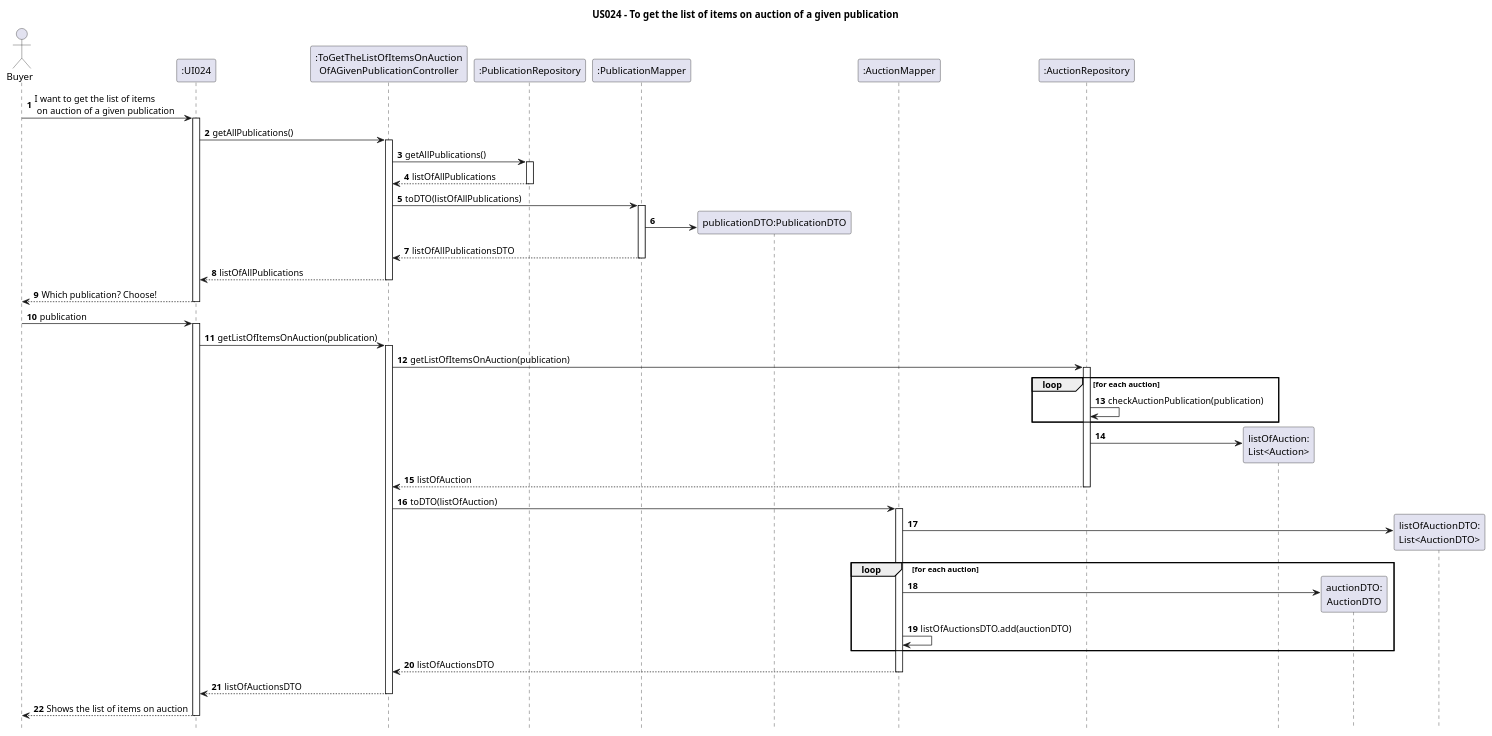
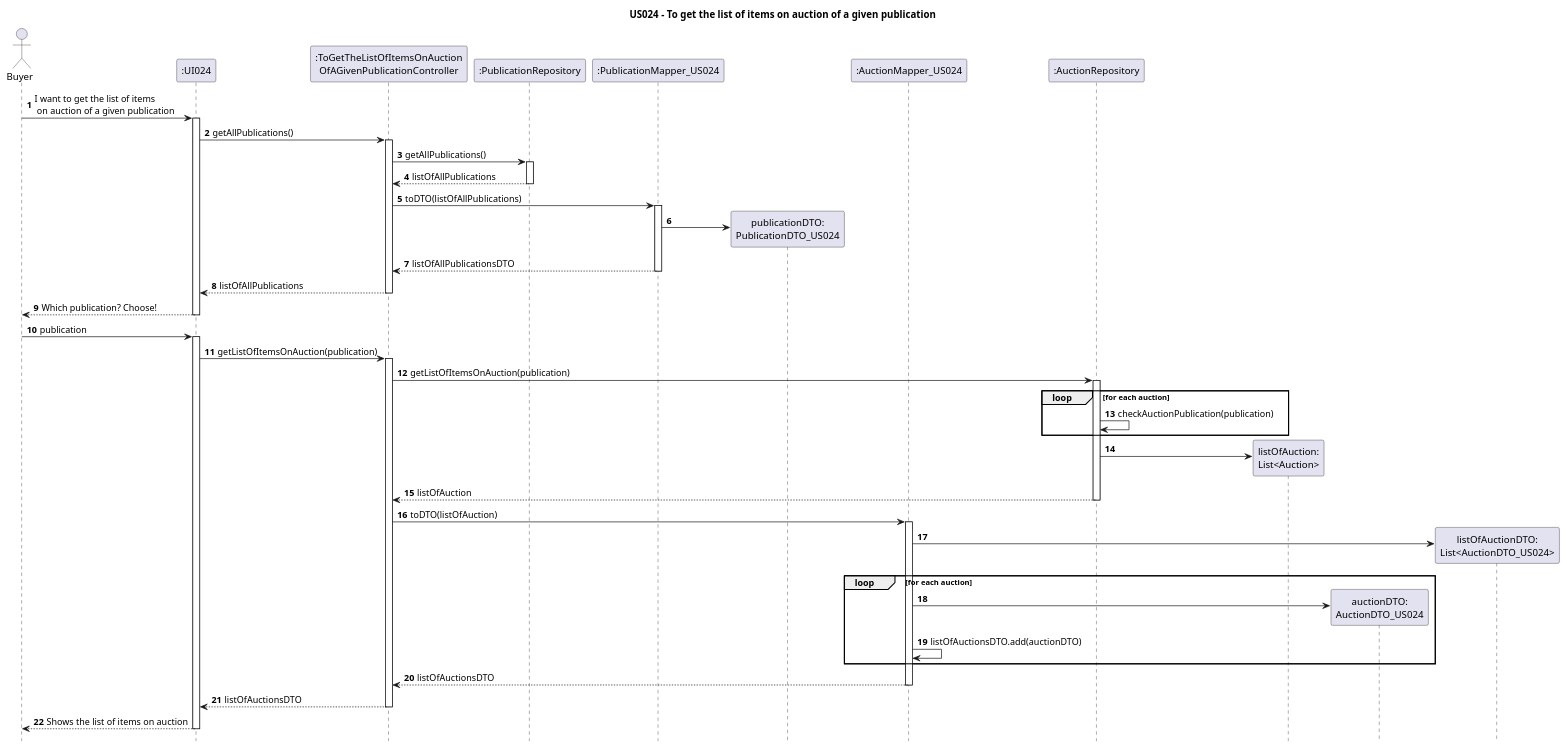
One commit to AndrePereiraGitH/SWitCH-Project-Team_A changed the diagram in Diagrams/SequenceDiagrams/N2/US024-to-get-the-list-of-items-on-auction-of-a-given-publication.puml. Above: the diagram before and after it, drawn with PlantUML. The commit also changed 3 other files, not shown here.

Commit message:
Working on #120, #74, #70, #72, name correction of DTO and Mapper

```diff
--- a/Diagrams/SequenceDiagrams/N2/US024-to-get-the-list-of-items-on-auction-of-a-given-publication.puml
+++ b/Diagrams/SequenceDiagrams/N2/US024-to-get-the-list-of-items-on-auction-of-a-given-publication.puml
@@ -1,80 +1,80 @@
 @startuml
 
 hide footbox
 autonumber
 title US024 - To get the list of items on auction of a given publication
 
 ' Participants
 actor Buyer
 participant ":UI024" as UI024
 participant ":ToGetTheListOfItemsOnAuction\nOfAGivenPublicationController" as Ctrl
 participant ":PublicationRepository" as PublicationRepository
-participant ":PublicationMapper" as PubMapper
-participant "publicationDTO:PublicationDTO" as PubDTO
-participant ":AuctionMapper" as Mapper
+participant ":PublicationMapper_US024" as PubMapper
+participant "publicationDTO:\nPublicationDTO_US024" as PubDTO
+participant ":AuctionMapper_US024" as Mapper
 participant ":AuctionRepository" as AuctionRepository
 participant "listOfAuction:\nList<Auction>" as ListAuc
 'participant ":Auction" as AucDomain
-participant "auctionDTO:\nAuctionDTO" as DTO
-participant "listOfAuctionDTO:\nList<AuctionDTO>" as ListDTO
+participant "auctionDTO:\nAuctionDTO_US024" as DTO
+participant "listOfAuctionDTO:\nList<AuctionDTO_US024>" as ListDTO
 
 'Interactions
 Buyer -> UI024 : I want to get the list of items\n on auction of a given publication
 activate UI024
 UI024 -> Ctrl: getAllPublications()
 activate Ctrl
 Ctrl -> PublicationRepository: getAllPublications()
 activate PublicationRepository
 PublicationRepository --> Ctrl: listOfAllPublications
 deactivate PublicationRepository
 
 Ctrl -> PubMapper: toDTO(listOfAllPublications)
 activate PubMapper
 'PubMapper -> PubDTO
 PubMapper -> PubDTO **
 PubMapper --> Ctrl: listOfAllPublicationsDTO
 deactivate PubMapper
 
 
 Ctrl --> UI024 : listOfAllPublications
 deactivate Ctrl
 Buyer <-- UI024 : Which publication? Choose!
 deactivate UI024
 Buyer -> UI024 : publication
 activate UI024
 UI024 -> Ctrl : getListOfItemsOnAuction(publication)
 activate Ctrl
 
 Ctrl -> AuctionRepository : getListOfItemsOnAuction(publication)
 activate AuctionRepository
 
 loop for each auction
     AuctionRepository -> AuctionRepository : checkAuctionPublication(publication)
 end
 
 AuctionRepository -> ListAuc ** :
 AuctionRepository --> Ctrl : listOfAuction
 
 deactivate AuctionRepository
 
 Ctrl -> Mapper : toDTO(listOfAuction)
 activate Mapper
 Mapper -> ListDTO ** :
 
     loop for each auction
 
         Mapper -> DTO **
 
         Mapper -> Mapper : listOfAuctionsDTO.add(auctionDTO)
     end
 
 Mapper --> Ctrl : listOfAuctionsDTO
 deactivate Mapper
 
 Ctrl --> UI024 : listOfAuctionsDTO
 deactivate Ctrl
 
 UI024 --> Buyer : Shows the list of items on auction
 deactivate UI024
 
 @enduml
```
